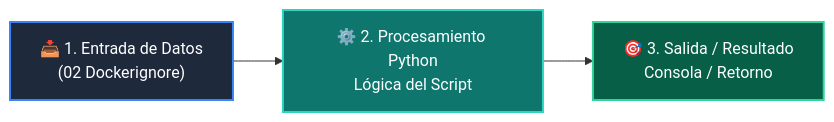
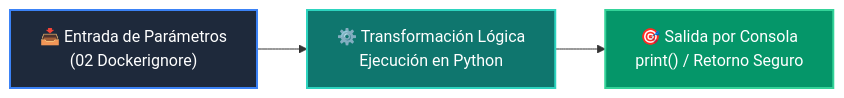
One commit to wisrovi/wisrovi-python changed the diagram in 04-proyecto-final/clase-07-docker-y-compose/ejemplos/ejemplo_02_dockerignore/README.md. Above: the diagram before and after it, drawn with Mermaid. The commit also changed other lines of this file and 226 other files, not shown here.

Commit message:
docs: elevate all repository READMEs to world-class mastery standard with rich pedagogical architecture, custom Mermaids, and professional styling

````diff
--- a/04-proyecto-final/clase-07-docker-y-compose/ejemplos/ejemplo_02_dockerignore/README.md
+++ b/04-proyecto-final/clase-07-docker-y-compose/ejemplos/ejemplo_02_dockerignore/README.md
@@ -12,9 +19,9 @@
 ```mermaid
 flowchart LR
-    A["📥 1. Entrada de Datos<br/>(02 Dockerignore)"] --> B["⚙️ 2. Procesamiento Python<br/>Lógica del Script"]
-    B --> C["🎯 3. Salida / Resultado<br/>Consola / Retorno"]
+    A["📥 Entrada de Parámetros<br/>(02 Dockerignore)"] --> B["⚙️ Transformación Lógica<br/>Ejecución en Python"]
+    B --> C["🎯 Salida por Consola<br/>print() / Retorno Seguro"]
 
-    style A fill:#1e293b,color:#fff,stroke:#3b82f6,stroke-width:2px
-    style B fill:#0f766e,color:#fff,stroke:#2dd4bf,stroke-width:2px
-    style C fill:#065f46,color:#fff,stroke:#34d399,stroke-width:2px
+    style A fill:#1e293b,color:#ffffff,stroke:#3b82f6,stroke-width:2px
+    style B fill:#0f766e,color:#ffffff,stroke:#2dd4bf,stroke-width:2px
+    style C fill:#059669,color:#ffffff,stroke:#34d399,stroke-width:2px
 ```
````
